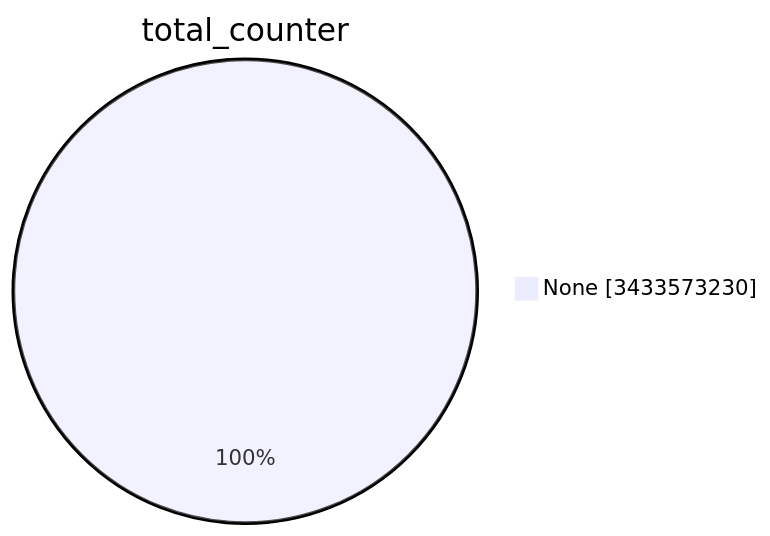
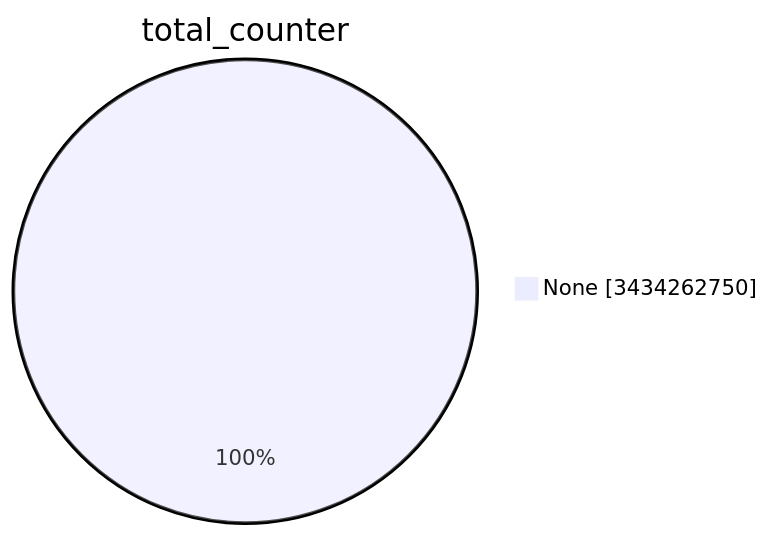
One commit to christiankrug/ctmonitor_visualization changed the first of 15 diagrams in TOTAL/README.md. Above: the diagram before and after it, drawn with Mermaid. The commit also changed other lines of this file, not shown here.

````diff
--- a/TOTAL/README.md
+++ b/TOTAL/README.md
@@ -1,5 +1,5 @@
 ```mermaid
 pie showData
 title total_counter
-"None" :3433573230
+"None" :3434262750
 ```
````
